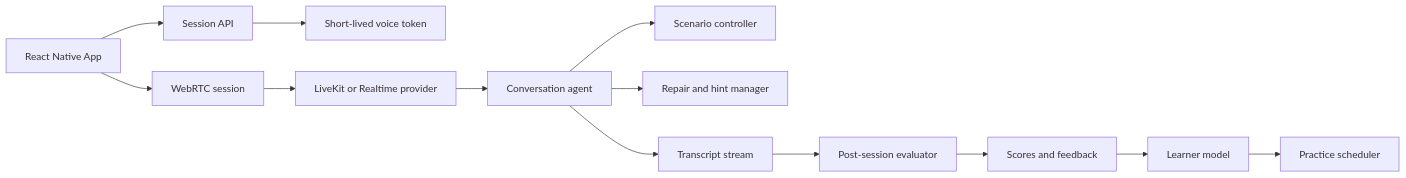
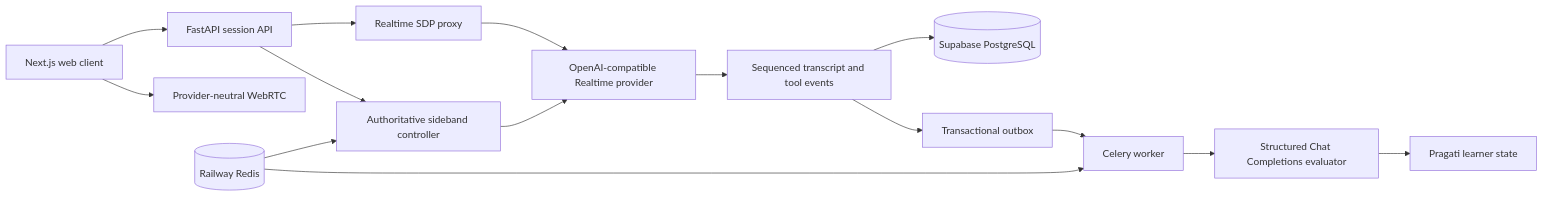
Before and after one commit to chintan-27/VishwaVaani: the diagram in docs/architecture/system-architecture.md, drawn with Mermaid. The commit also changed other lines of this file and 5 other files, not shown here.

````diff
--- a/docs/architecture/system-architecture.md
+++ b/docs/architecture/system-architecture.md
@@ -7,15 +10,17 @@
 ```mermaid
 flowchart LR
-    A[React Native App] --> B[Session API]
-    B --> C[Short-lived voice token]
-    A --> D[WebRTC session]
-    D --> E[LiveKit or Realtime provider]
-    E --> F[Conversation agent]
-    F --> G[Scenario controller]
-    F --> H[Repair and hint manager]
-    F --> I[Transcript stream]
-    I --> J[Post-session evaluator]
-    J --> K[Scores and feedback]
-    K --> L[Learner model]
-    L --> M[Practice scheduler]
+    Browser[Next.js web client] --> SessionAPI[FastAPI session API]
+    Browser --> WebRTC[Provider-neutral WebRTC]
+    SessionAPI --> SDP[Realtime SDP proxy]
+    SDP --> Provider[OpenAI-compatible Realtime provider]
+    SessionAPI --> Controller[Authoritative sideband controller]
+    Controller --> Provider
+    Provider --> Events[Sequenced transcript and tool events]
+    Events --> PostgreSQL[(Supabase PostgreSQL)]
+    Events --> Outbox[Transactional outbox]
+    Outbox --> Worker[Celery worker]
+    Worker --> Evaluator[Structured Chat Completions evaluator]
+    Evaluator --> Progress[Pragati learner state]
+    Redis[(Railway Redis)] --> Controller
+    Redis --> Worker
 ```
````
